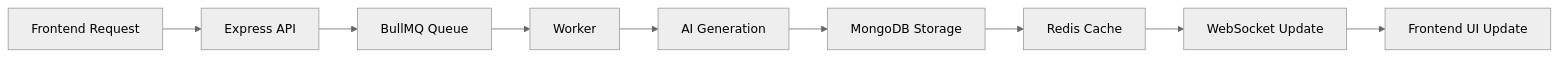
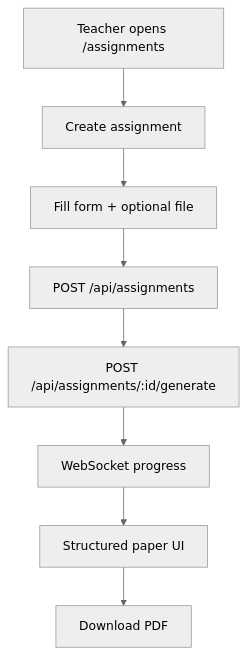
One commit to KavyaKapoor420/ai-assignment-generator-Nextjs-typescript changed the second of 2 diagrams in README.md. Above: the diagram before and after it, drawn with Mermaid (neutral theme). The commit also changed other lines of this file and 13 other files, not shown here.

````diff
--- a/README.md
+++ b/README.md
@@ -163,20 +80,10 @@
 ```mermaid
-flowchart LR
-
-A[Frontend Request]
---> B[Express API]
-
-B --> C[BullMQ Queue]
-
-C --> D[Worker]
-
-D --> E[AI Generation]
-
-E --> F[MongoDB Storage]
-
-F --> G[Redis Cache]
-
-G --> H[WebSocket Update]
-
-H --> I[Frontend UI Update]
+flowchart TD
+  A[Teacher opens /assignments] --> B[Create assignment]
+  B --> C[Fill form + optional file]
+  C --> D[POST /api/assignments]
+  D --> E[POST /api/assignments/:id/generate]
+  E --> F[WebSocket progress]
+  F --> G[Structured paper UI]
+  G --> H[Download PDF]
 ```
````
